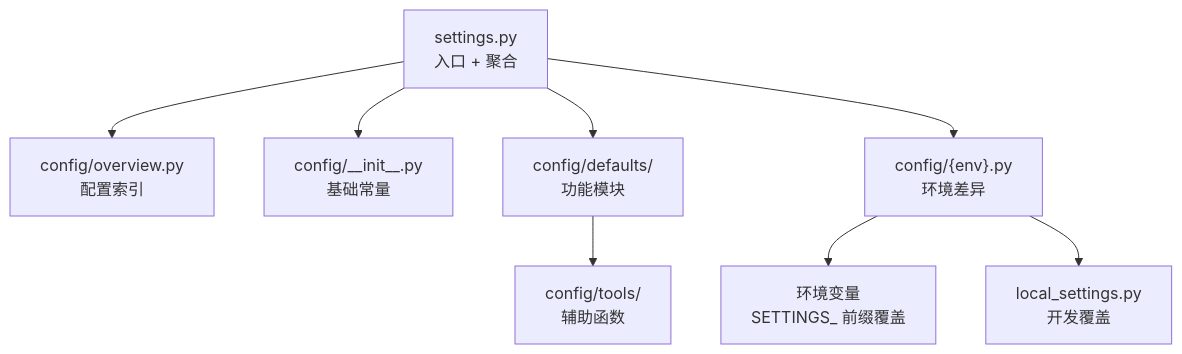
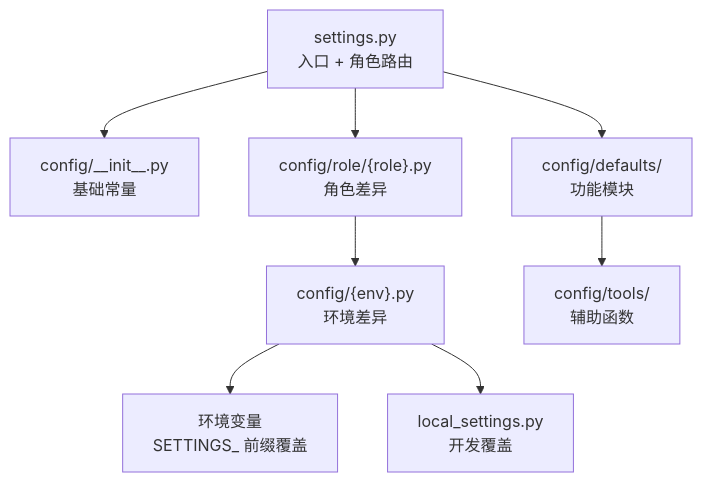
Before and after one commit to HACK-WU/drf_resource: the second of 2 diagrams in .requirements/2026-07-02-template-scaffold/design/DESIGN.md, drawn with Mermaid. The commit also changed other lines of this file and 5 other files, not shown here.

````diff
--- a/.requirements/2026-07-02-template-scaffold/design/DESIGN.md
+++ b/.requirements/2026-07-02-template-scaffold/design/DESIGN.md
@@ -148,19 +112,19 @@
 ```mermaid
 flowchart TB
-    Settings["settings.py<br/>入口 + 聚合"]
-    Overview["config/overview.py<br/>配置索引"]
+    Settings["settings.py<br/>入口 + 角色路由"]
     Init["config/__init__.py<br/>基础常量"]
     Defaults["config/defaults/<br/>功能模块"]
+    Role["config/role/{role}.py<br/>角色差异"]
     Env["config/{env}.py<br/>环境差异"]
     Tools["config/tools/<br/>辅助函数"]
     EnvVar["环境变量<br/>SETTINGS_ 前缀覆盖"]
     Local["local_settings.py<br/>开发覆盖"]
 
-    Settings --> Overview
     Settings --> Init
     Settings --> Defaults
+    Settings --> Role
+    Role --> Env
     Defaults --> Tools
     Env --> EnvVar
     Env --> Local
-    Settings --> Env
 ```
````
